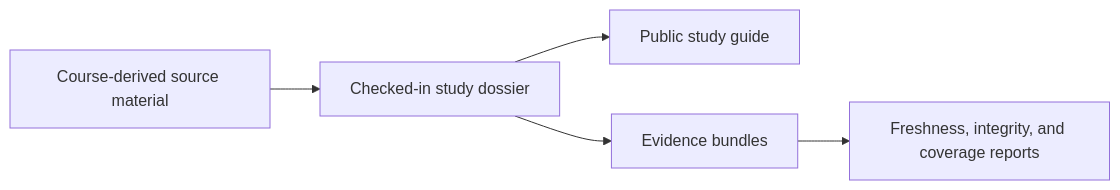
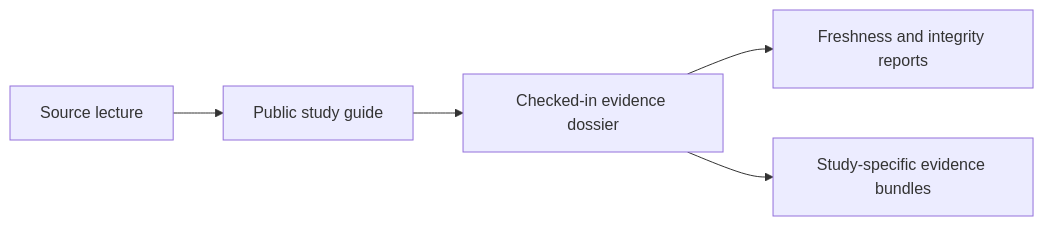
One commit to bijux/bijux-phylogenetics changed the diagram in docs/phylogenetics-evidence-book/index.md. Above: the diagram before and after it, drawn with Mermaid. The commit also changed other lines of this file and 9 other files, not shown here.

Commit message:
docs(handbook): deepen public navigation and study framing

````diff
--- a/docs/phylogenetics-evidence-book/index.md
+++ b/docs/phylogenetics-evidence-book/index.md
@@ -20,7 +22,7 @@
 ```mermaid
 flowchart LR
-    A[Course-derived source material] --> B[Checked-in study dossier]
-    B --> C[Public study guide]
-    B --> D[Evidence bundles]
-    D --> E[Freshness, integrity, and coverage reports]
+    A[Source lecture] --> B[Public study guide]
+    B --> C[Checked-in evidence dossier]
+    C --> D[Freshness and integrity reports]
+    C --> E[Study-specific evidence bundles]
 ```
````
